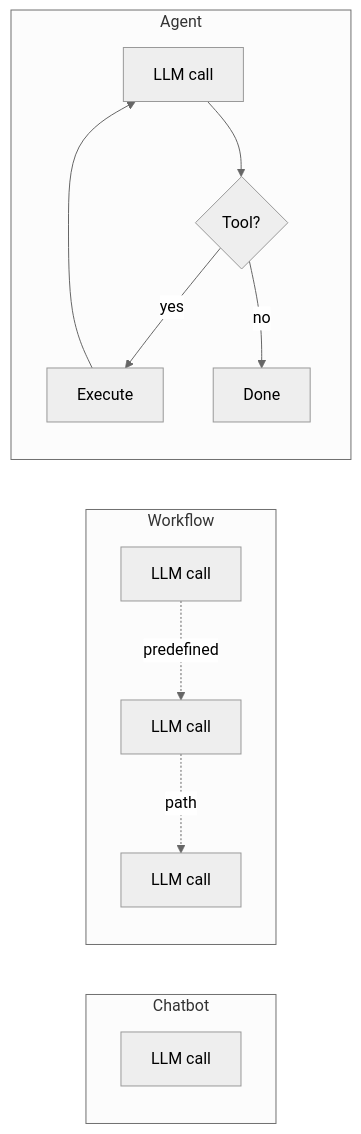
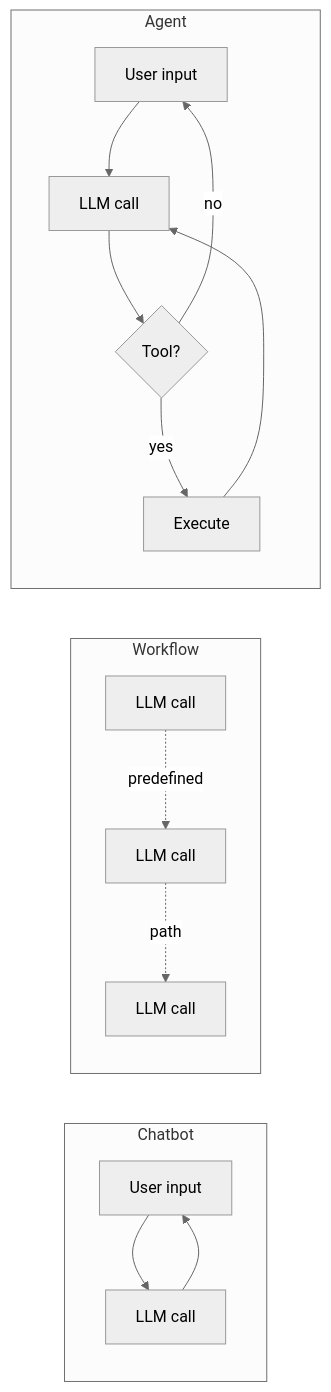
One commit to averagejoeslab/agenteng changed the diagram in agentic-engineering/lessons/01-what-is-an-agent/README.md. Above: the diagram before and after it, drawn with Mermaid (neutral theme). The commit also changed other lines of this file, not shown here.

Commit message:
docs(lesson 1): distinguish conversation loop from agentic loop
- Mermaid diagram: show chatbot's conversation loop (User -> LLM -> User)
  and agent's two nested loops (conversation loop + agentic loop)
- Add one-sentence definition of both loop types before the table, so
  the "Agentic loop" column is unambiguous when read
- Remove the trailing clarifying sentence; it's now redundant with the
  up-front definition

Motivation: a chatbot with a UI has a conversation loop, so claiming
"chatbots have no loop" is wrong. The lesson was really saying "no
agentic loop" but depicted the chatbot as a bare LLM call, which
conflicted with the table's "decided by user (between turns)".

````diff
--- a/agentic-engineering/lessons/01-what-is-an-agent/README.md
+++ b/agentic-engineering/lessons/01-what-is-an-agent/README.md
@@ -38,15 +38,19 @@
 ```mermaid
 flowchart LR
     subgraph Chatbot
-        A1[LLM call]
+        direction TB
+        A0[User input] --> A1[LLM call]
+        A1 --> A0
     end
     subgraph Workflow
+        direction TB
         B1[LLM call] -.predefined.-> B2[LLM call] -.path.-> B3[LLM call]
     end
     subgraph Agent
         direction TB
-        C1[LLM call] --> C2{Tool?}
+        C0[User input] --> C1[LLM call]
+        C1 --> C2{Tool?}
         C2 -->|yes| C3[Execute] --> C1
-        C2 -->|no| C4[Done]
+        C2 -->|no| C0
     end
 ```
````
